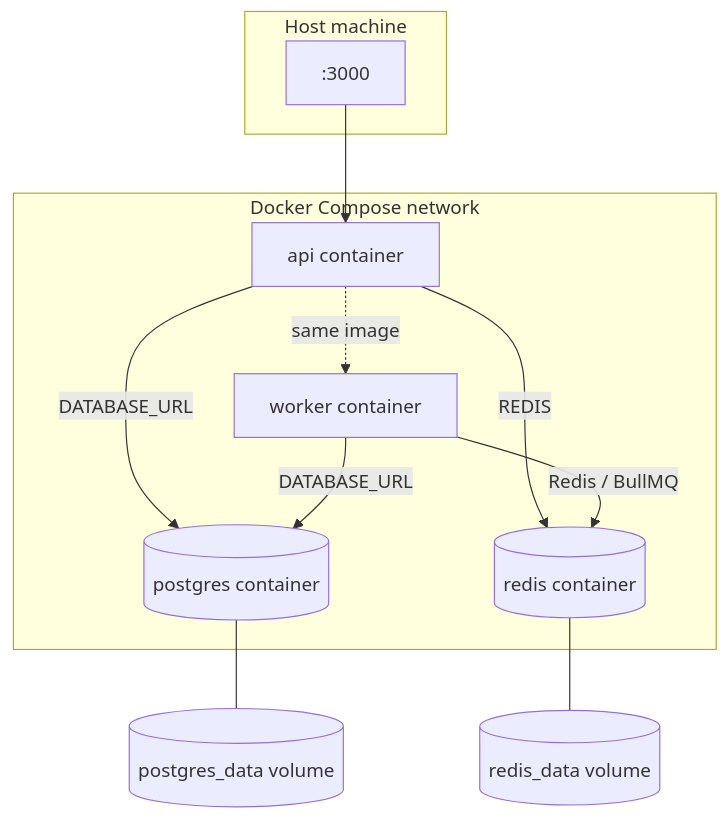
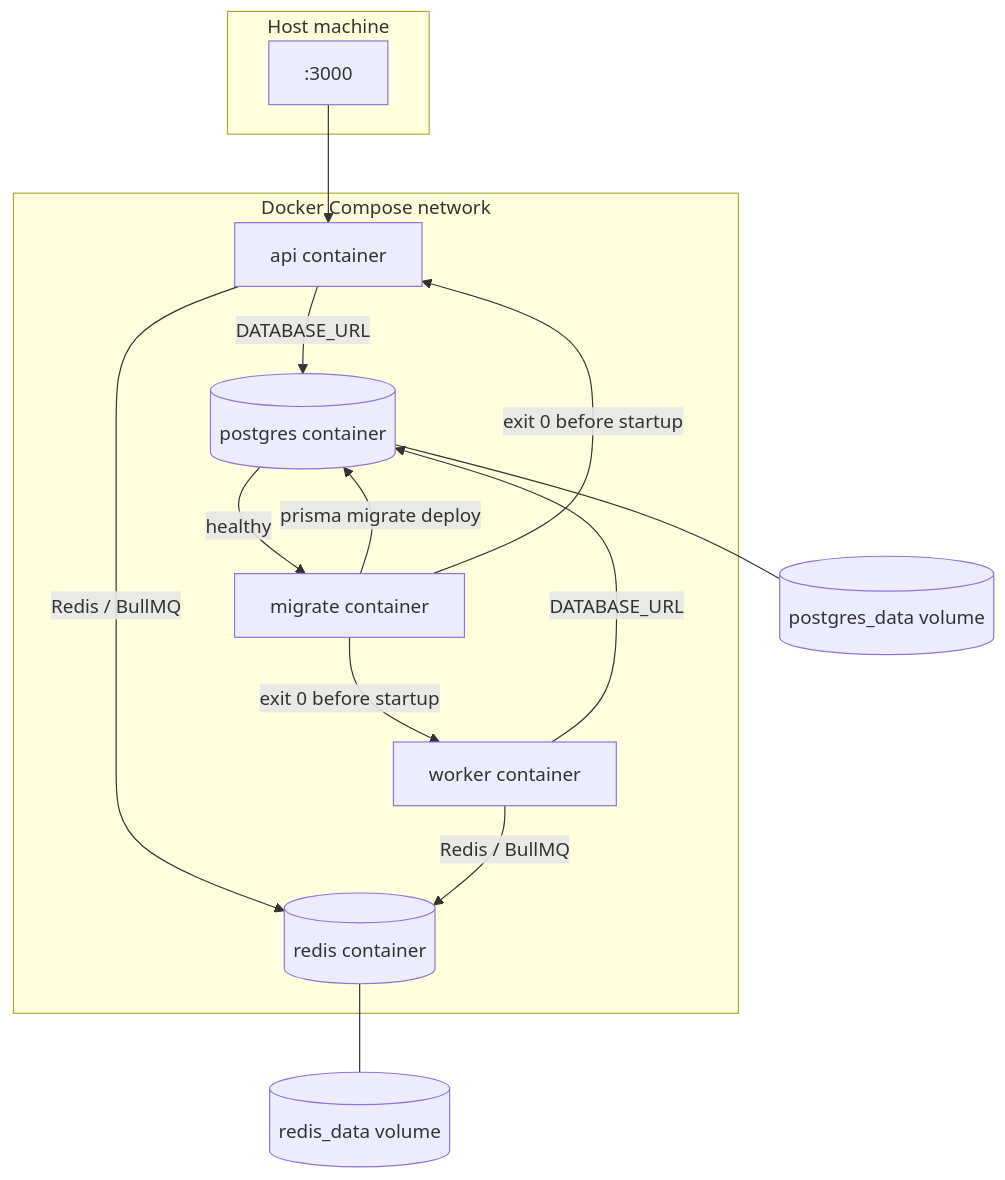
Before and after one commit to poonammohata/async-job-processing-platform: the fifth of 7 diagrams in docs/DESIGN.md, drawn with Mermaid. The commit also changed other lines of this file and 5 other files, not shown here.

````diff
--- a/docs/DESIGN.md
+++ b/docs/DESIGN.md
@@ -617,23 +628,29 @@
 ```mermaid
 flowchart TB
     subgraph Host[Host machine]
         Port3000[":3000"]
     end
 
     subgraph Compose[Docker Compose network]
         API[api container]
         Worker[worker container]
+        Migrate[migrate container]
         PG[(postgres container)]
         Redis[(redis container)]
     end
 
     Port3000 --> API
+
+    PG -->|healthy| Migrate
+    Migrate -->|prisma migrate deploy| PG
+    Migrate -->|exit 0 before startup| API
+    Migrate -->|exit 0 before startup| Worker
+
     API -->|DATABASE_URL| PG
-    API -->|REDIS| Redis
+    API -->|Redis / BullMQ| Redis
     Worker -->|DATABASE_URL| PG
     Worker -->|Redis / BullMQ| Redis
-    API -.->|same image| Worker
 
     PG --- VolPG[(postgres_data volume)]
     Redis --- VolRedis[(redis_data volume)]
 ```
````
